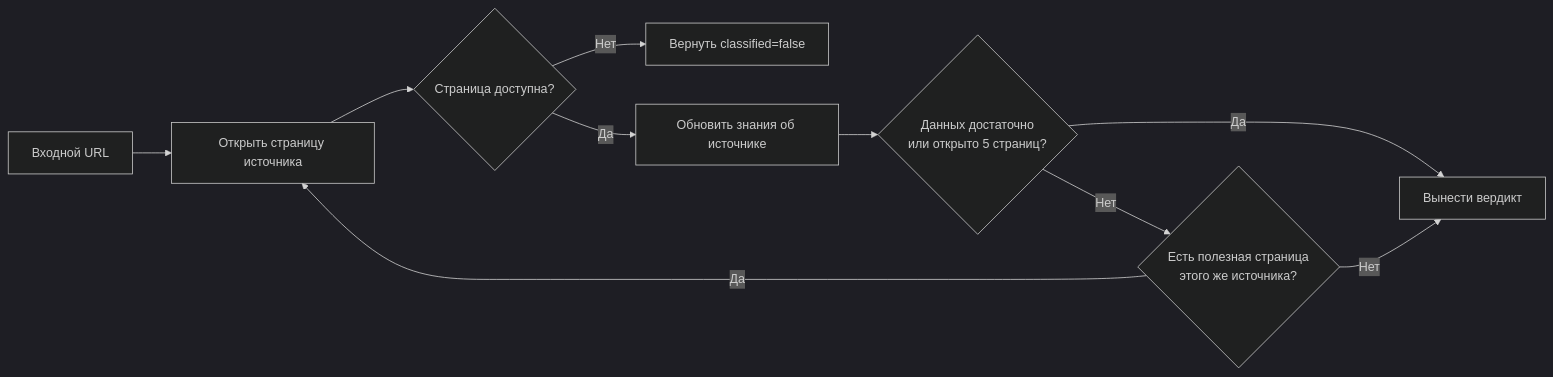
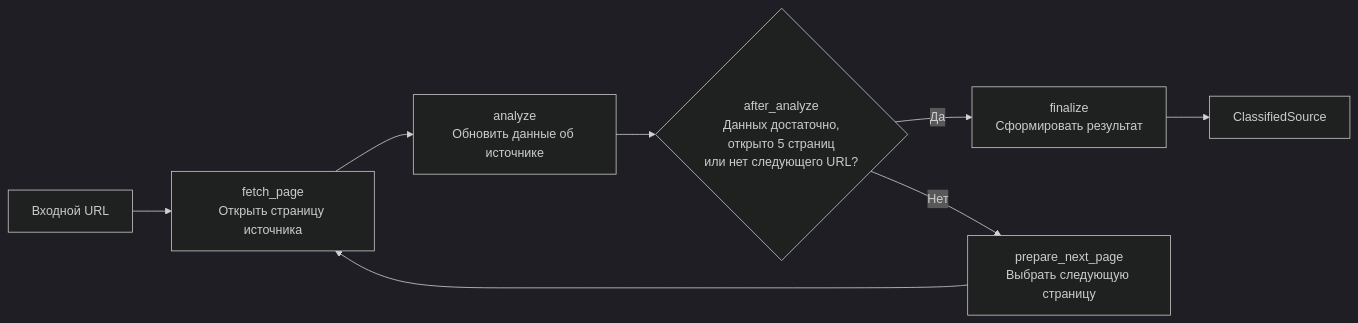
The diagram in README.md (notglebatall/source-classifier), drawn with Mermaid (dark theme) before and after one commit. The commit also changed other lines of this file and 10 other files, not shown here.

````diff
--- a/README.md
+++ b/README.md
@@ -24,12 +24,10 @@
 ```mermaid
 flowchart LR
-    A[Входной URL] --> B[Открыть страницу источника]
-    B --> C{Страница доступна?}
-    C -- Нет --> G[Вернуть classified=false]
-    C -- Да --> D[Обновить знания об источнике]
-    D --> E{Данных достаточно<br/>или открыто 5 страниц?}
-    E -- Да --> F[Вынести вердикт]
-    E -- Нет --> H{Есть полезная страница<br/>этого же источника?}
-    H -- Да --> B
-    H -- Нет --> F
+    A[Входной URL] --> B[fetch_page<br/>Открыть страницу источника]
+    B --> D[analyze<br/>Обновить данные об источнике]
+    D --> E{after_analyze <br/>Данных достаточно,<br/>открыто 5 страниц<br/>или нет следующего URL?}
+    E -- Да --> F[finalize<br/>Сформировать результат]
+    E -- Нет --> H[prepare_next_page<br/>Выбрать следующую страницу]
+    H --> B
+    F --> G[ClassifiedSource]
 ```
````
